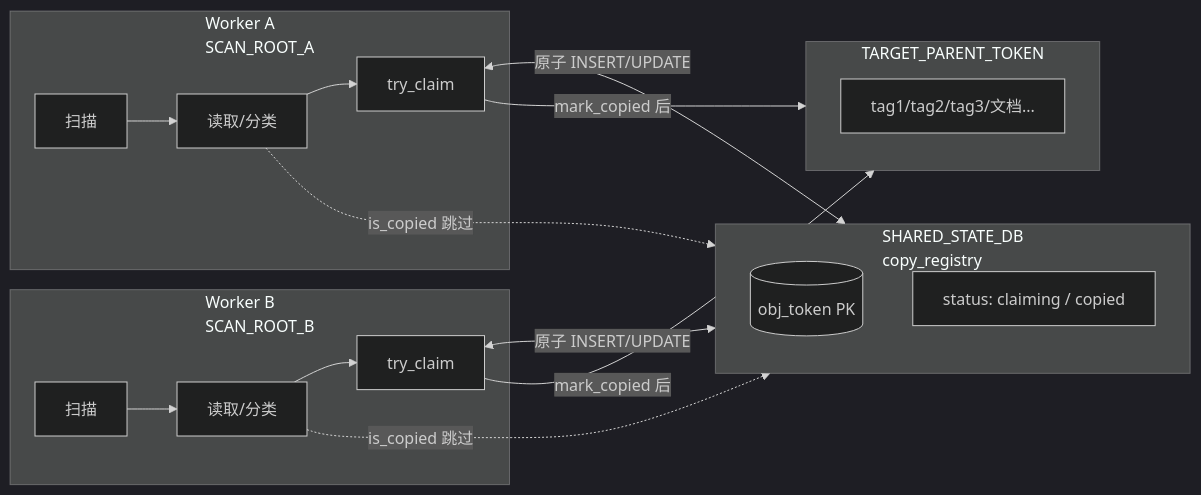
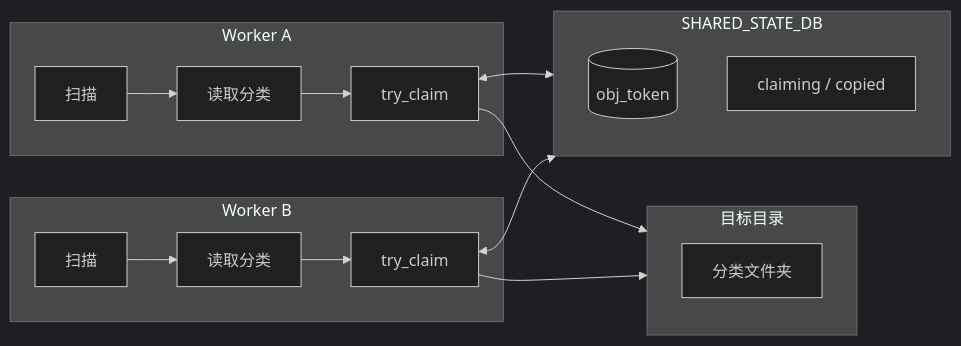
One commit to Leonard49/AI_DocClassifier changed the tenth of 11 diagrams in docs/AI_DocClassifier说明文档.md. Above: the diagram before and after it, drawn with Mermaid (dark theme). The commit also changed other lines of this file and 1 other file, not shown here.

First line of the commit message:
Fix Mermaid flowcharts in docs and enable preview in workspace settings.

````diff
--- a/docs/AI_DocClassifier说明文档.md
+++ b/docs/AI_DocClassifier说明文档.md
@@ -799,29 +797,26 @@
 ```mermaid
 flowchart LR
-    subgraph W1["Worker A<br/>SCAN_ROOT_A"]
-        A1[扫描] --> A2[读取/分类]
+    subgraph W1["Worker A"]
+        A1[扫描] --> A2[读取分类]
         A2 --> A3[try_claim]
     end
 
-    subgraph W2["Worker B<br/>SCAN_ROOT_B"]
-        B1[扫描] --> B2[读取/分类]
+    subgraph W2["Worker B"]
+        B1[扫描] --> B2[读取分类]
         B2 --> B3[try_claim]
     end
 
-    subgraph DB["SHARED_STATE_DB<br/>copy_registry"]
-        D1[(obj_token PK)]
-        D2[status: claiming / copied]
+    subgraph DB["SHARED_STATE_DB"]
+        D1[(obj_token)]
+        D2[claiming / copied]
     end
 
-    subgraph TARGET["TARGET_PARENT_TOKEN"]
-        T1[tag1/tag2/tag3/文档...]
+    subgraph TARGET["目标目录"]
+        T1[分类文件夹]
     end
 
-    A3 <-->|原子 INSERT/UPDATE| DB
-    B3 <-->|原子 INSERT/UPDATE| DB
-    A3 -->|mark_copied 后| TARGET
-    B3 -->|mark_copied 后| TARGET
-
-    A2 -.->|is_copied 跳过| DB
-    B2 -.->|is_copied 跳过| DB
+    A3 <--> DB
+    B3 <--> DB
+    A3 --> TARGET
+    B3 --> TARGET
 ```
````
